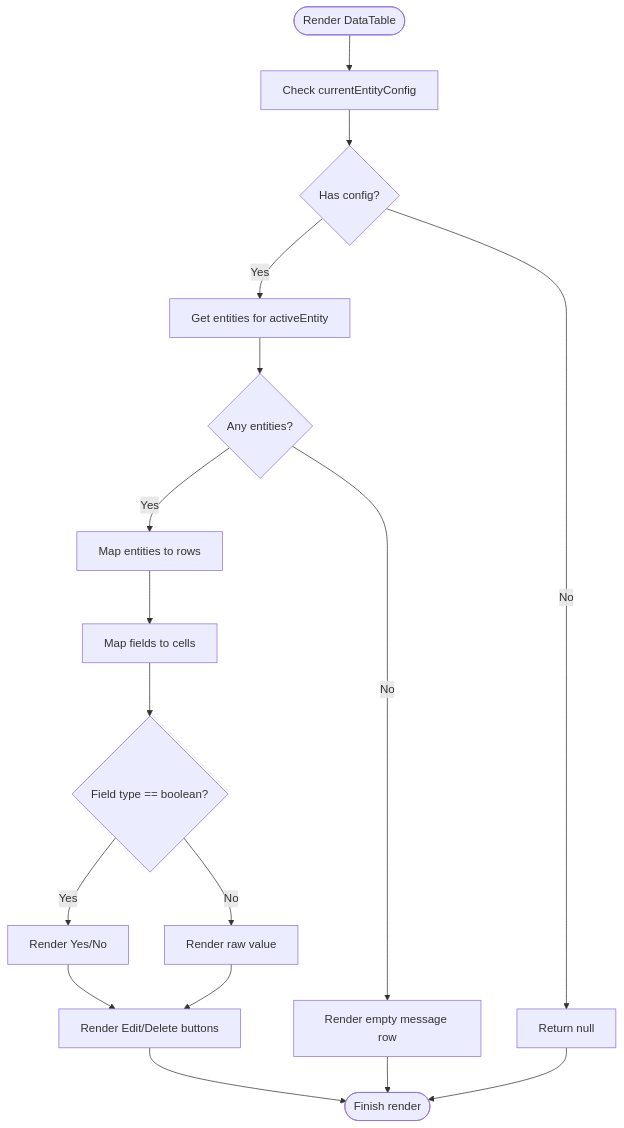
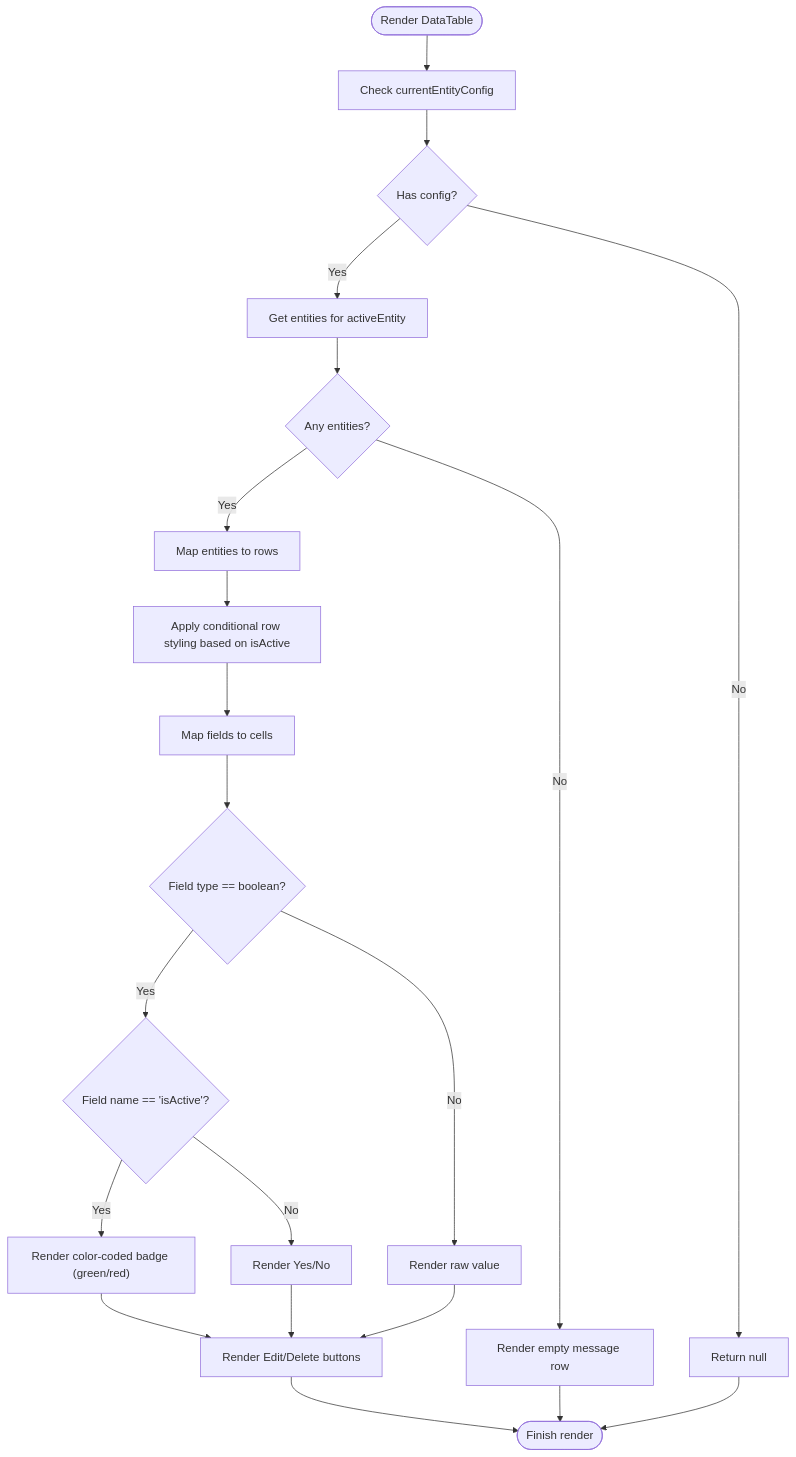
One commit to Aryan9060/Timetable-Project changed the third of 7 diagrams in .qoder/repowiki/en/content/Master Data Management/Data Table Component.md. Above: the diagram before and after it, drawn with Mermaid. The commit also changed other lines of this file and 8 other files, not shown here.

````diff
--- a/.qoder/repowiki/en/content/Master Data Management/Data Table Component.md
+++ b/.qoder/repowiki/en/content/Master Data Management/Data Table Component.md
@@ -138,19 +151,23 @@
 ```mermaid
 flowchart TD
 Start(["Render DataTable"]) --> CheckConfig["Check currentEntityConfig"]
 CheckConfig --> HasConfig{"Has config?"}
 HasConfig --> |No| NullReturn["Return null"]
 HasConfig --> |Yes| GetEntities["Get entities for activeEntity"]
 GetEntities --> EmptyCheck{"Any entities?"}
 EmptyCheck --> |No| EmptyRow["Render empty message row"]
 EmptyCheck --> |Yes| LoopRows["Map entities to rows"]
-LoopRows --> LoopCells["Map fields to cells"]
+LoopRows --> RowStyling["Apply conditional row styling based on isActive"]
+RowStyling --> LoopCells["Map fields to cells"]
 LoopCells --> CellType{"Field type == boolean?"}
-CellType --> |Yes| BoolCell["Render Yes/No"]
+CellType --> |Yes| IsActiveCheck{"Field name == 'isActive'?"}
+IsActiveCheck --> |Yes| BadgeCell["Render color-coded badge (green/red)"]
+IsActiveCheck --> |No| BoolCell["Render Yes/No"]
 CellType --> |No| TextCell["Render raw value"]
-BoolCell --> Actions["Render Edit/Delete buttons"]
+BadgeCell --> Actions["Render Edit/Delete buttons"]
+BoolCell --> Actions
 TextCell --> Actions
 Actions --> End(["Finish render"])
 EmptyRow --> End
 NullReturn --> End
 ```
````
